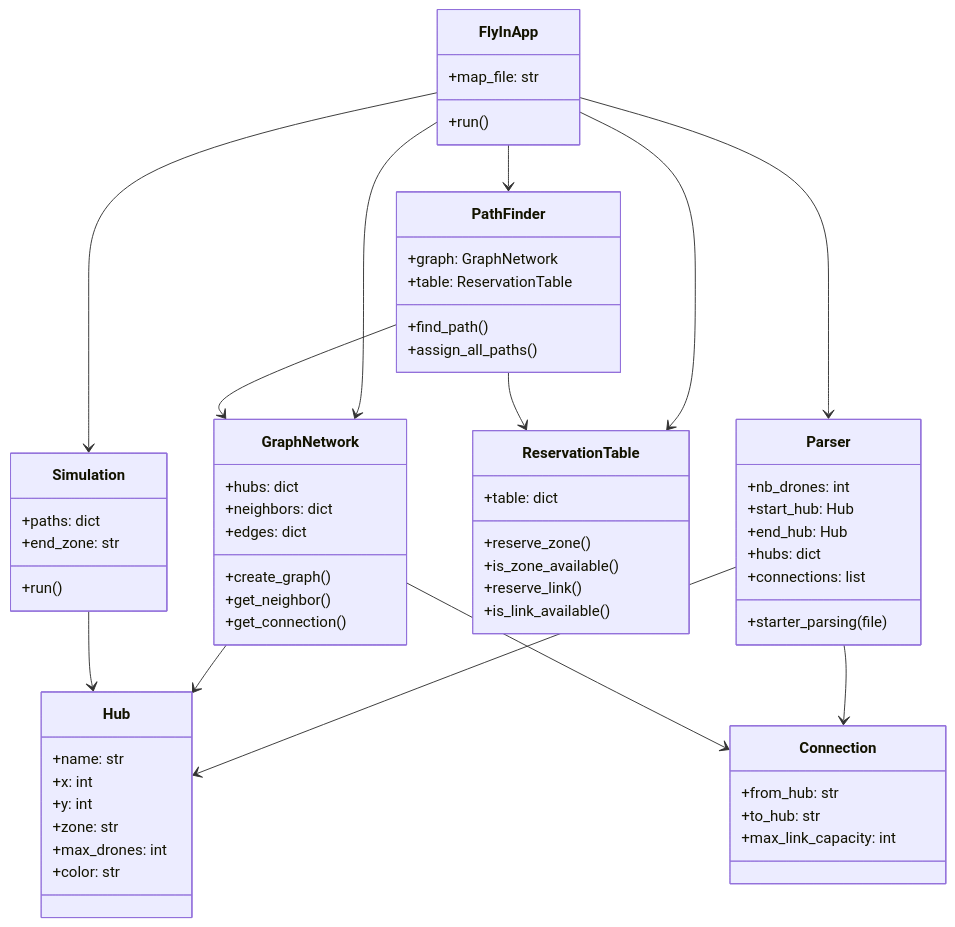
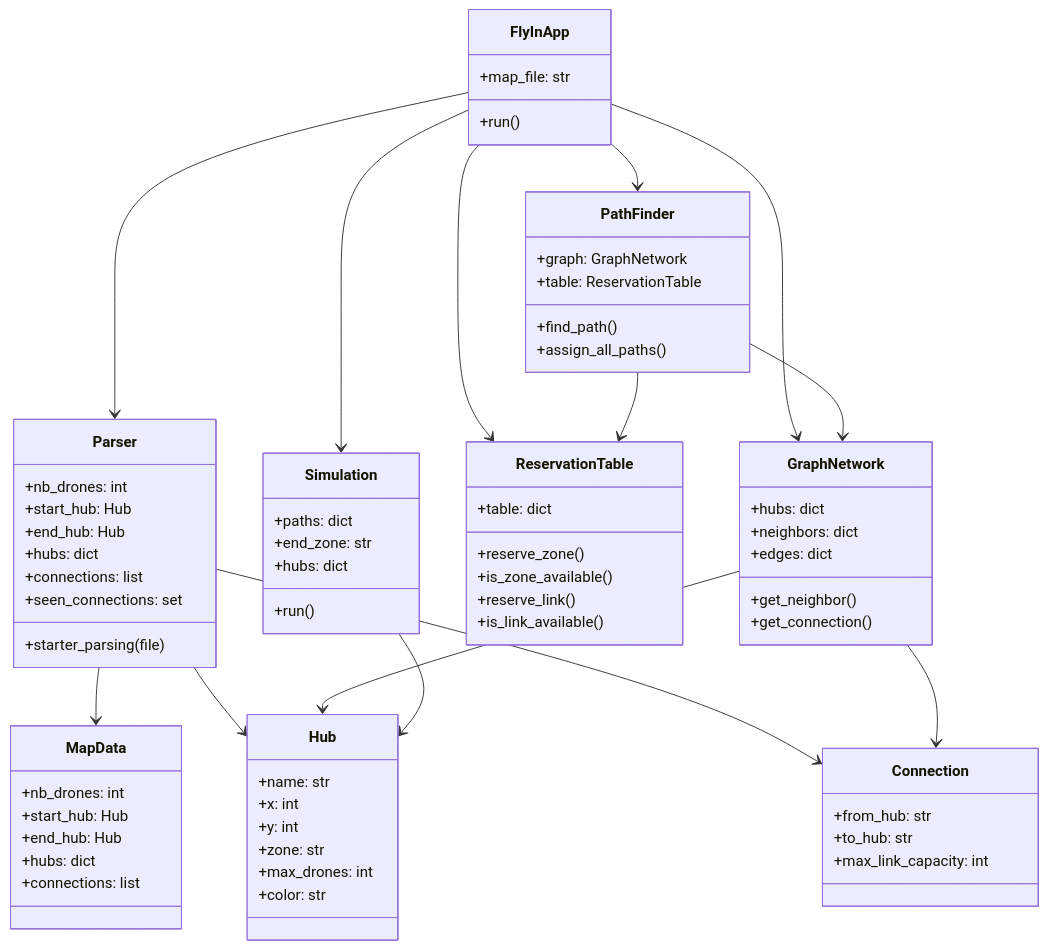
One commit to laghzal49/fly-in changed the first of 3 diagrams in ARCHITECTURE.md. Above: the diagram before and after it, drawn with Mermaid. The commit also changed other lines of this file and 16 other files, not shown here.

Commit message:
Update ARCHITECTURE.md, algo.py, graph.py and 4 more; remove check_output.py, docs/README.md, docs/algo.md and 6 more

````diff
--- a/ARCHITECTURE.md
+++ b/ARCHITECTURE.md
@@ -52,67 +52,76 @@
 ```mermaid
 classDiagram
     class FlyInApp {
         +map_file: str
         +run()
+    }
+    class MapData {
+        +nb_drones: int
+        +start_hub: Hub
+        +end_hub: Hub
+        +hubs: dict
+        +connections: list
     }
     class Parser {
         +nb_drones: int
         +start_hub: Hub
         +end_hub: Hub
         +hubs: dict
         +connections: list
+        +seen_connections: set
         +starter_parsing(file)
     }
     class Hub {
         +name: str
         +x: int
         +y: int
         +zone: str
         +max_drones: int
         +color: str
     }
     class Connection {
         +from_hub: str
         +to_hub: str
         +max_link_capacity: int
     }
     class GraphNetwork {
         +hubs: dict
         +neighbors: dict
         +edges: dict
-        +create_graph()
         +get_neighbor()
         +get_connection()
     }
     class ReservationTable {
         +table: dict
         +reserve_zone()
         +is_zone_available()
         +reserve_link()
         +is_link_available()
     }
     class PathFinder {
         +graph: GraphNetwork
         +table: ReservationTable
         +find_path()
         +assign_all_paths()
     }
     class Simulation {
         +paths: dict
         +end_zone: str
+        +hubs: dict
         +run()
     }
 
     FlyInApp --> Parser
+    Parser --> MapData
     FlyInApp --> GraphNetwork
     FlyInApp --> PathFinder
     FlyInApp --> Simulation
     FlyInApp --> ReservationTable
     Parser --> Hub
     Parser --> Connection
     GraphNetwork --> Hub
     GraphNetwork --> Connection
     PathFinder --> GraphNetwork
     PathFinder --> ReservationTable
     Simulation --> Hub
 ```
````
